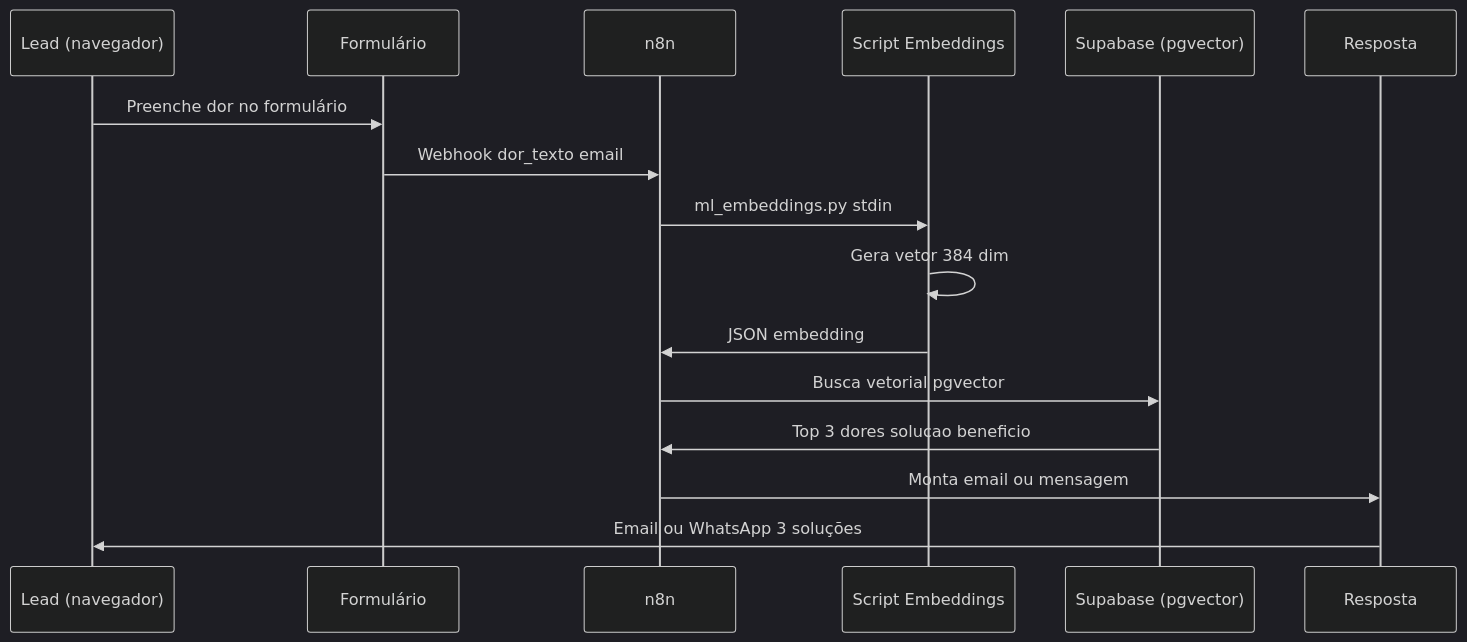
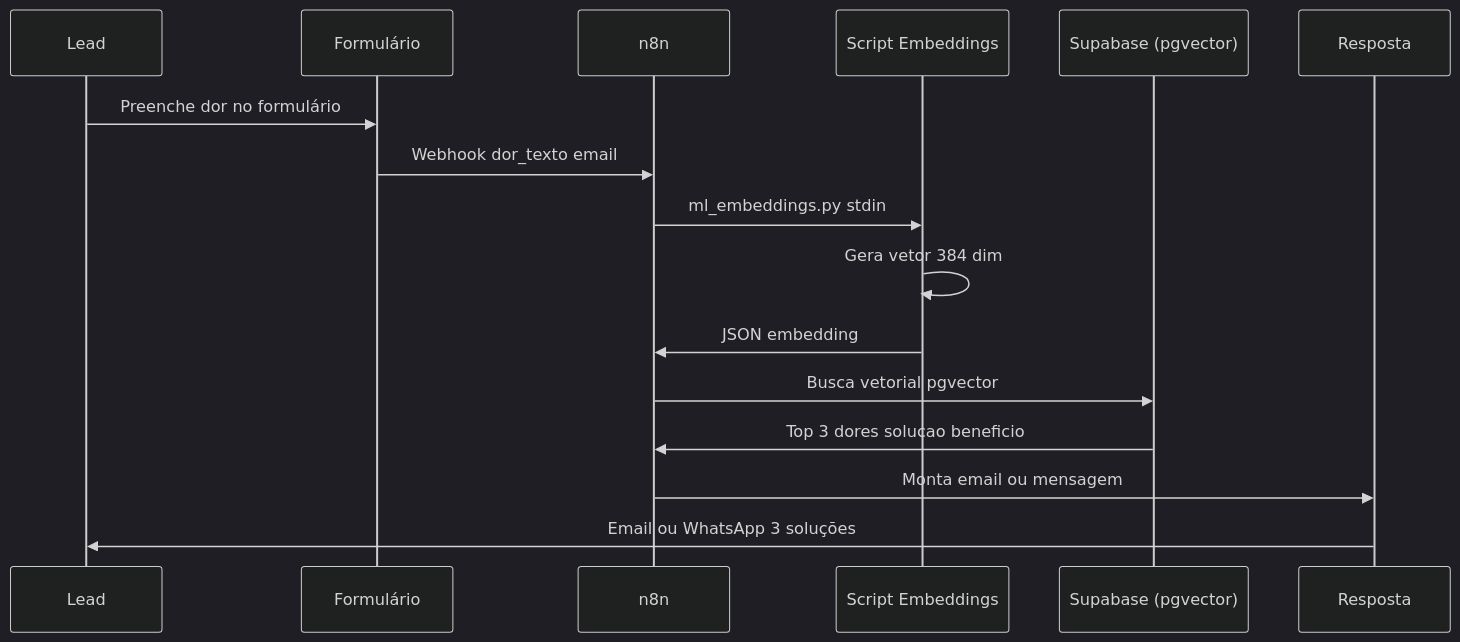
One commit to robsoncaldeira/docs changed the third of 7 diagrams in planos/ml_casos_uso_fluxogramas_beneficios.plan.md. Above: the diagram before and after it, drawn with Mermaid (dark theme). The commit also changed other lines of this file and 1 other file, not shown here.

Commit message:
fix: Mermaid para GitBook - remover aspas em rótulos e barras em nós

````diff
--- a/planos/ml_casos_uso_fluxogramas_beneficios.plan.md
+++ b/planos/ml_casos_uso_fluxogramas_beneficios.plan.md
@@ -140,19 +140,19 @@
 ```mermaid
 sequenceDiagram
-  participant U as Lead (navegador)
+  participant U as Lead
   participant F as Formulário
   participant N as n8n
   participant E as Script Embeddings
   participant S as Supabase (pgvector)
   participant R as Resposta
 
   U->>F: Preenche dor no formulário
   F->>N: Webhook dor_texto email
   N->>E: ml_embeddings.py stdin
   E->>E: Gera vetor 384 dim
   E->>N: JSON embedding
   N->>S: Busca vetorial pgvector
   S->>N: Top 3 dores solucao beneficio
   N->>R: Monta email ou mensagem
   R->>U: Email ou WhatsApp 3 soluções
 ```
````
